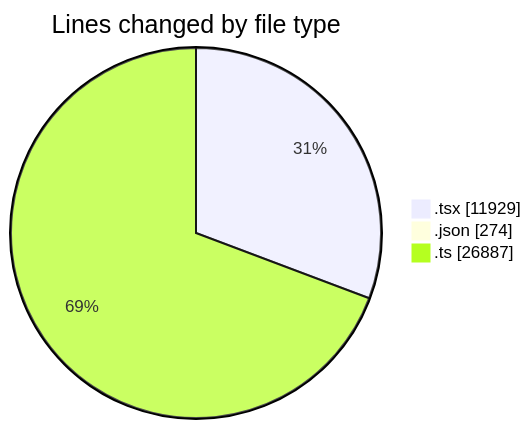
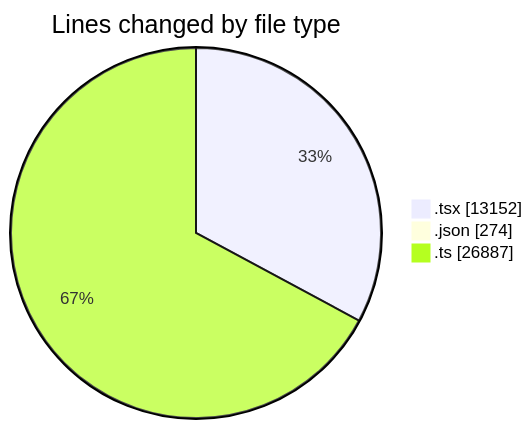
Before and after one commit to momahboobian/code-tracking: the first of 2 diagrams in 2026-11-13/broadcaster-v6-feature/README.md, drawn with Mermaid. The commit also changed other lines of this file and 1 other file, not shown here.

````diff
--- a/2026-11-13/broadcaster-v6-feature/README.md
+++ b/2026-11-13/broadcaster-v6-feature/README.md
@@ -67,7 +74,7 @@
 ```mermaid
 pie showData
 title Lines changed by file type
-".tsx" : 11929
+".tsx" : 13152
 ".json" : 274
 ".ts" : 26887
 ```
````
